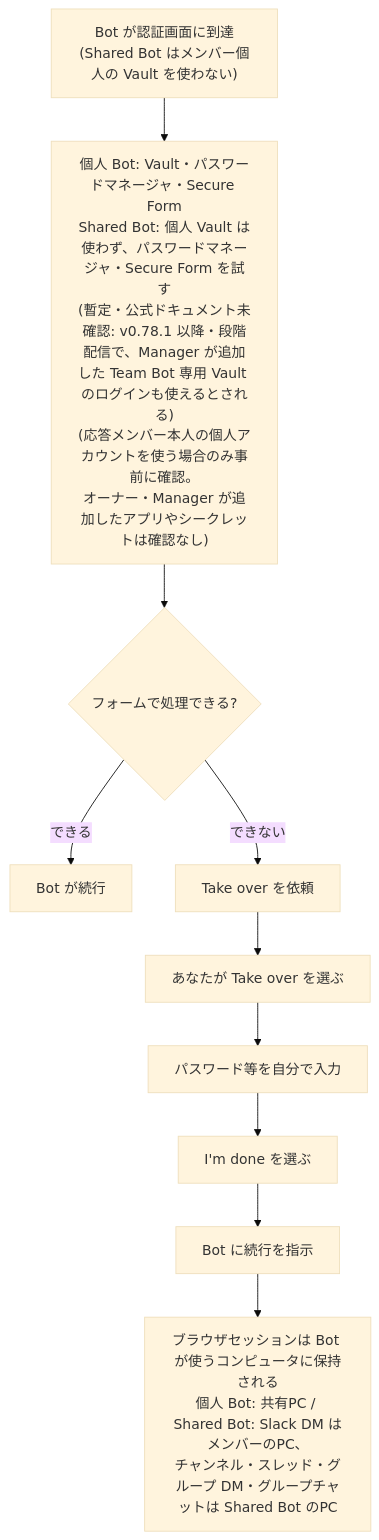
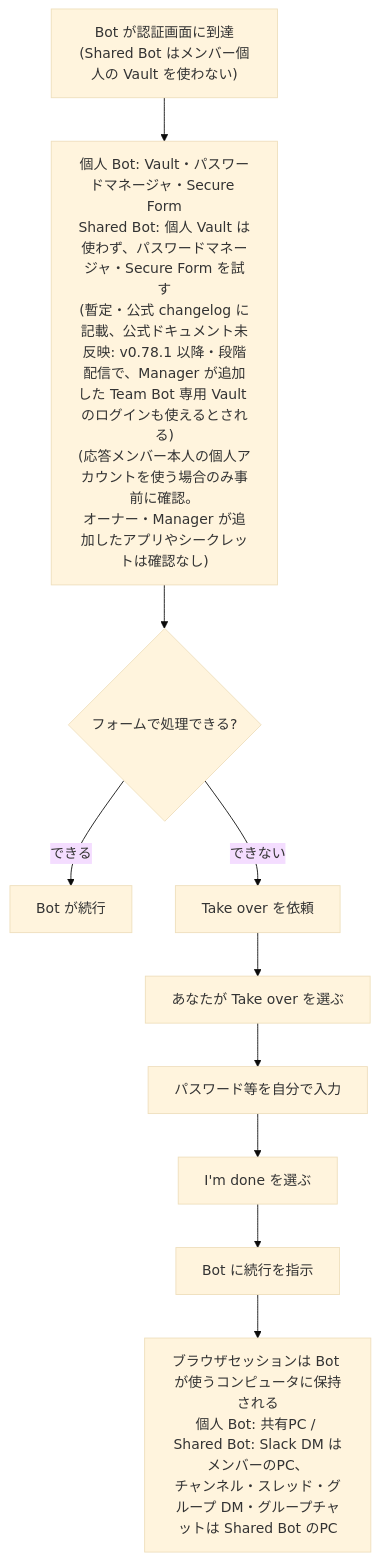
The fifth of 11 diagrams in Xai-grok-bot-guide.md (myoshi2891/Comparison-of-LLMs), drawn with Mermaid (base theme) before and after one commit. The commit also changed other lines of this file, not shown here.

First line of the commit message:
docs(xai): record official changelog entry for Team Bot Vault

````diff
--- a/Xai-grok-bot-guide.md
+++ b/Xai-grok-bot-guide.md
@@ -339,12 +339,12 @@
 ```mermaid
 flowchart TD
-    A["Bot が認証画面に到達<br/>(Shared Bot はメンバー個人の Vault を使わない)"] --> V["個人 Bot: Vault・パスワードマネージャ・Secure Form<br/>Shared Bot: 個人 Vault は使わず、パスワードマネージャ・Secure Form を試す<br/>(暫定・公式ドキュメント未確認: v0.78.1 以降・段階配信で、Manager が追加した Team Bot 専用 Vault のログインも使えるとされる)<br/>(応答メンバー本人の個人アカウントを使う場合のみ事前に確認。<br/>オーナー・Manager が追加したアプリやシークレットは確認なし)"]
+    A["Bot が認証画面に到達<br/>(Shared Bot はメンバー個人の Vault を使わない)"] --> V["個人 Bot: Vault・パスワードマネージャ・Secure Form<br/>Shared Bot: 個人 Vault は使わず、パスワードマネージャ・Secure Form を試す<br/>(暫定・公式 changelog に記載、公式ドキュメント未反映: v0.78.1 以降・段階配信で、Manager が追加した Team Bot 専用 Vault のログインも使えるとされる)<br/>(応答メンバー本人の個人アカウントを使う場合のみ事前に確認。<br/>オーナー・Manager が追加したアプリやシークレットは確認なし)"]
     V --> Q{"フォームで処理できる?"}
     Q -- "できる" --> OK["Bot が続行"]
     Q -- "できない" --> B["Take over を依頼"]
     B --> C["あなたが Take over を選ぶ"]
     C --> D["パスワード等を自分で入力"]
     D --> E["I'm done を選ぶ"]
     E --> F["Bot に続行を指示"]
     F --> G["ブラウザセッションは Bot が使うコンピュータに保持される<br/>個人 Bot: 共有PC / Shared Bot: Slack DM はメンバーのPC、<br/>チャンネル・スレッド・グループ DM・グループチャットは Shared Bot のPC"]
 ```
````
